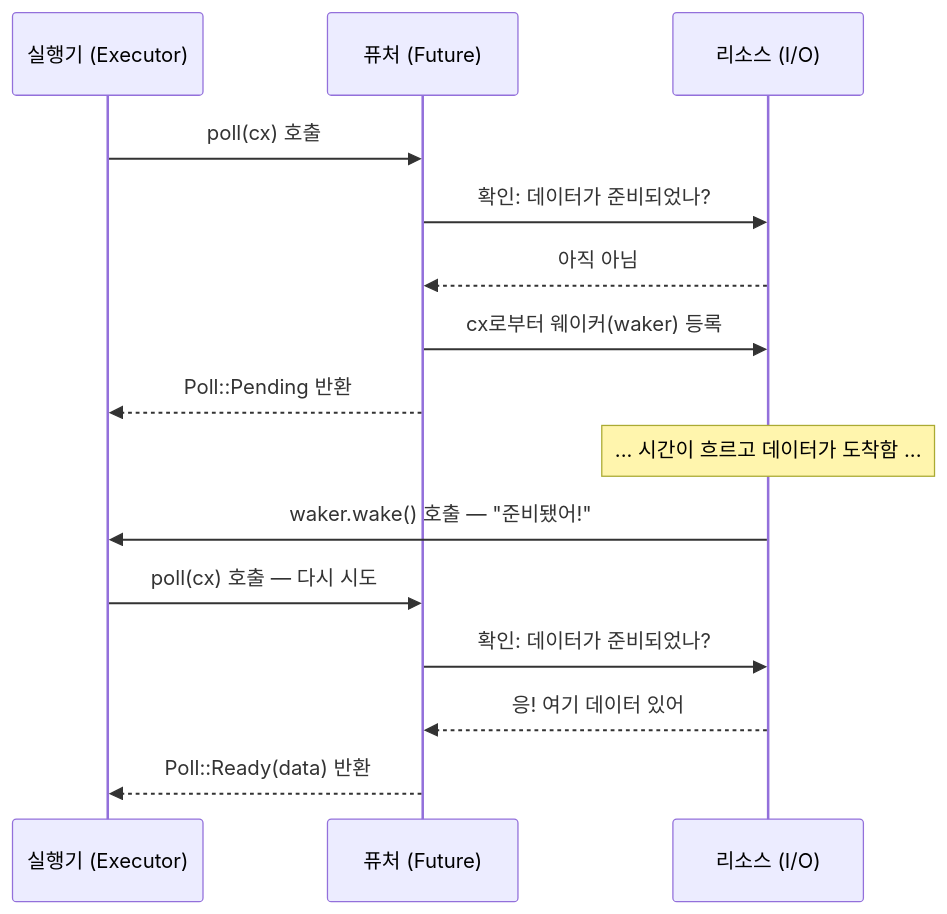
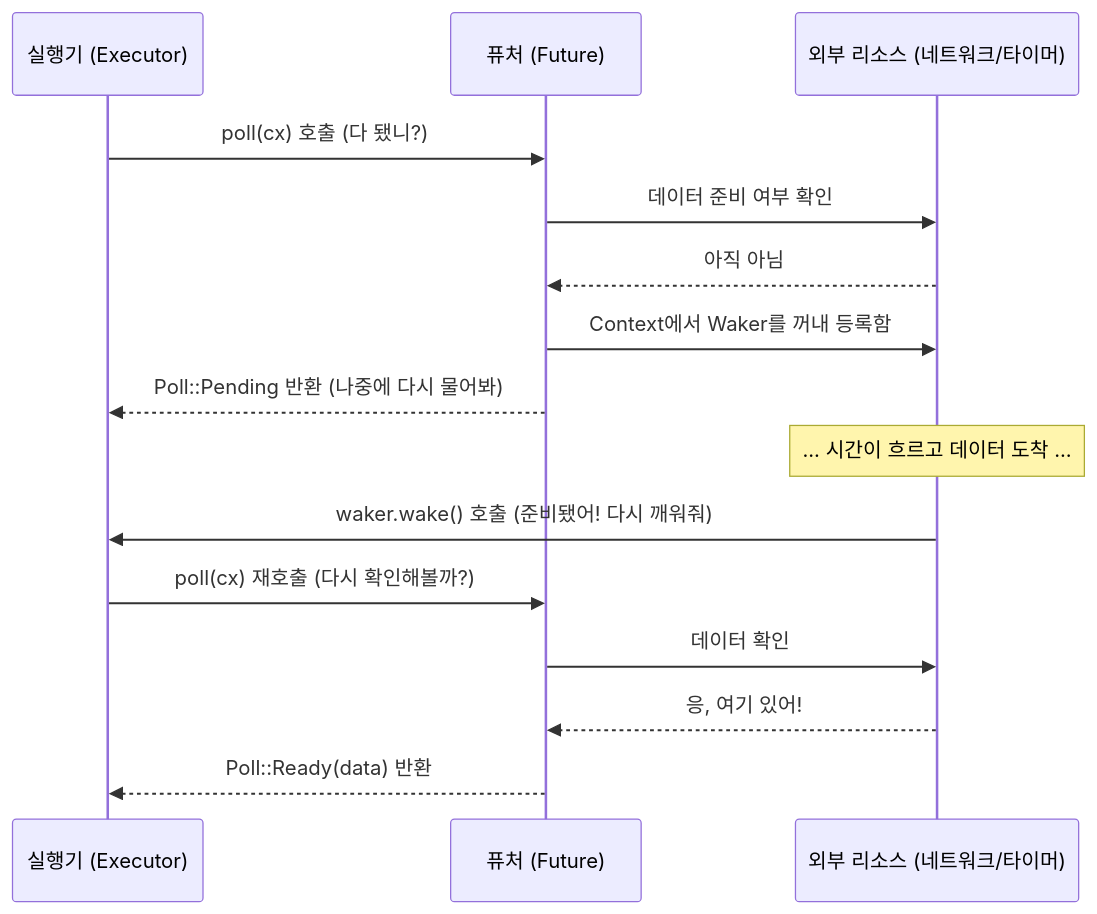
One commit to partrita/RustTraining changed the diagram in async-book/src/ch02-the-future-trait.md. Above: the diagram before and after it, drawn with Mermaid. The commit also changed other lines of this file and 157 other files, not shown here.

````diff
--- a/async-book/src/ch02-the-future-trait.md
+++ b/async-book/src/ch02-the-future-trait.md
@@ -30,20 +34,20 @@
 ```mermaid
 sequenceDiagram
     participant E as 실행기 (Executor)
     participant F as 퓨처 (Future)
-    participant R as 리소스 (I/O)
+    participant R as 외부 리소스 (네트워크/타이머)
 
-    E->>F: poll(cx) 호출
-    F->>R: 확인: 데이터가 준비되었나?
+    E->>F: poll(cx) 호출 (다 됐니?)
+    F->>R: 데이터 준비 여부 확인
     R-->>F: 아직 아님
-    F->>R: cx로부터 웨이커(waker) 등록
-    F-->>E: Poll::Pending 반환
+    F->>R: Context에서 Waker를 꺼내 등록함
+    F-->>E: Poll::Pending 반환 (나중에 다시 물어봐)
 
-    Note over R: ... 시간이 흐르고 데이터가 도착함 ...
+    Note over R: ... 시간이 흐르고 데이터 도착 ...
 
-    R->>E: waker.wake() 호출 — "준비됐어!"
-    E->>F: poll(cx) 호출 — 다시 시도
-    F->>R: 확인: 데이터가 준비되었나?
-    R-->>F: 응! 여기 데이터 있어
+    R->>E: waker.wake() 호출 (준비됐어! 다시 깨워줘)
+    E->>F: poll(cx) 재호출 (다시 확인해볼까?)
+    F->>R: 데이터 확인
+    R-->>F: 응, 여기 있어!
     F-->>E: Poll::Ready(data) 반환
 ```
````
